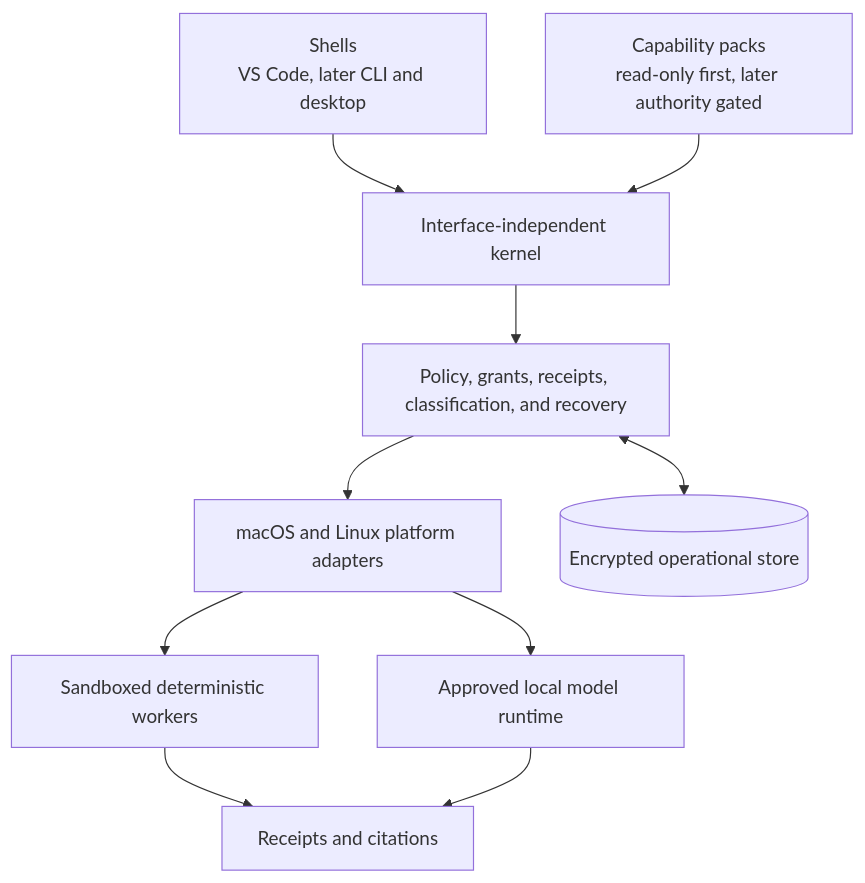
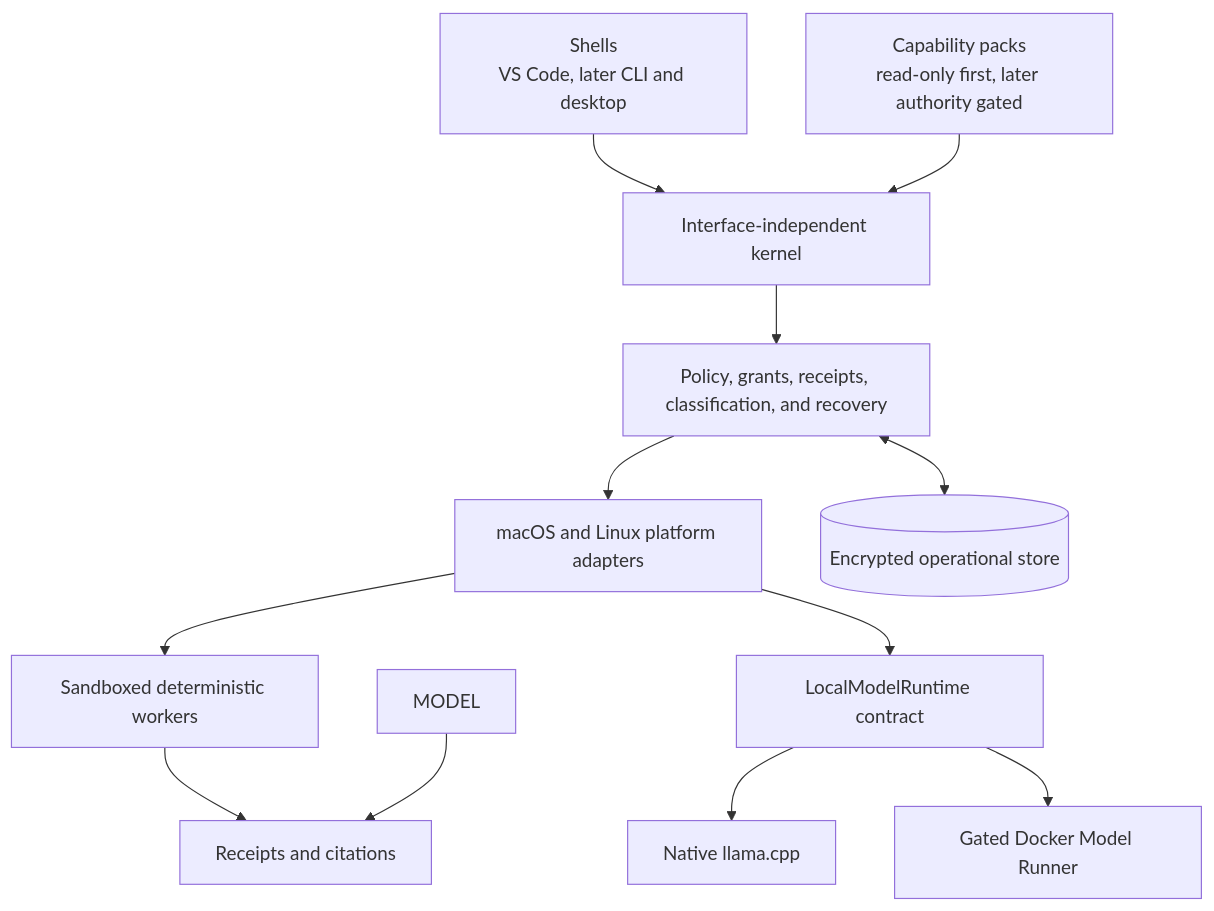
Before and after one commit to AaronNHorvitz/AgentMage: the second of 4 diagrams in IMPLEMENTATION-PLAN.md, drawn with Mermaid. The commit also changed other lines of this file and 17 other files, not shown here.

````diff
--- a/IMPLEMENTATION-PLAN.md
+++ b/IMPLEMENTATION-PLAN.md
@@ -75,12 +80,14 @@
 ```mermaid
 flowchart TB
     SHELLS["Shells<br/>VS Code, later CLI and desktop"] --> KERNEL["Interface-independent kernel"]
     PACKS["Capability packs<br/>read-only first, later authority gated"] --> KERNEL
     KERNEL --> POLICY["Policy, grants, receipts, classification, and recovery"]
     POLICY --> PLATFORM["macOS and Linux platform adapters"]
     PLATFORM --> TOOLS["Sandboxed deterministic workers"]
-    PLATFORM --> MODEL["Approved local model runtime"]
+    PLATFORM --> ADAPTER["LocalModelRuntime contract"]
+    ADAPTER --> NATIVE["Native llama.cpp"]
+    ADAPTER --> DMR["Gated Docker Model Runner"]
     POLICY <--> STATE[("Encrypted operational store")]
     TOOLS --> EVIDENCE["Receipts and citations"]
     MODEL --> EVIDENCE
 ```
````
